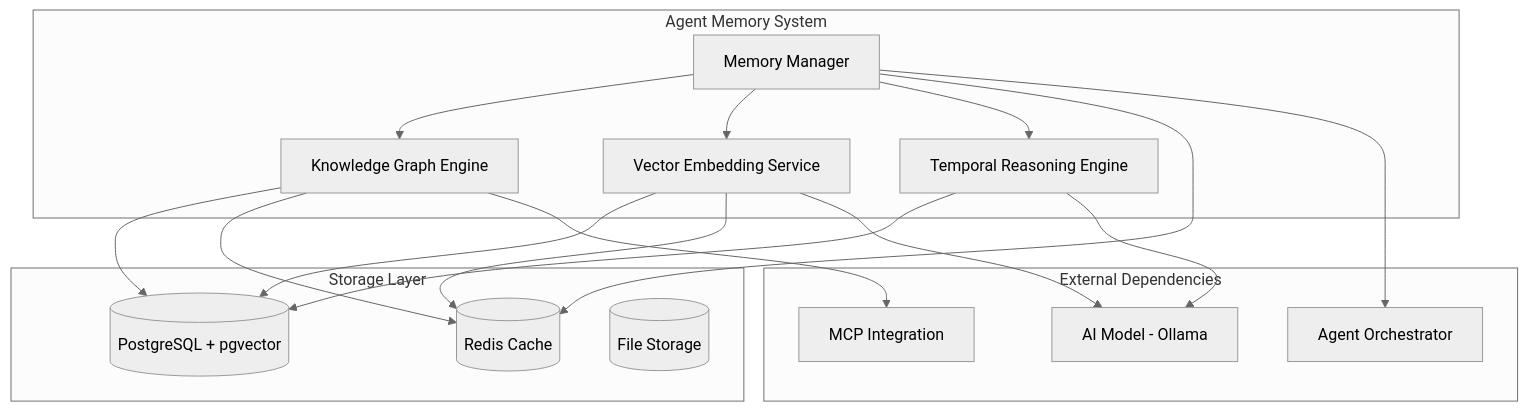
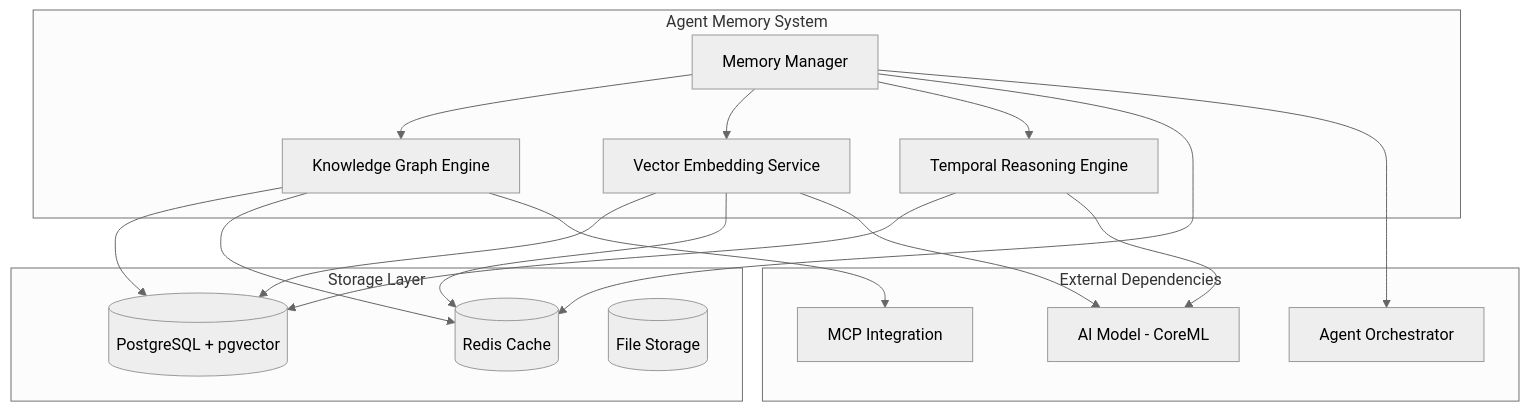
Before and after one commit to darianrosebrook/agent-agency: the diagram in docs/memory-system/README.md, drawn with Mermaid (neutral theme). The commit also changed other lines of this file and 16684 other files, not shown here.

````diff
--- a/docs/memory-system/README.md
+++ b/docs/memory-system/README.md
@@ -58,39 +58,39 @@
 ```mermaid
 graph TB
     subgraph "Agent Memory System"
         MM[Memory Manager]
         KGE[Knowledge Graph Engine]
         VES[Vector Embedding Service]
         TRE[Temporal Reasoning Engine]
     end
     
     subgraph "Storage Layer"
         PG[(PostgreSQL + pgvector)]
         REDIS[(Redis Cache)]
         FILES[(File Storage)]
     end
     
     subgraph "External Dependencies"
-        AI[AI Model - Ollama]
+        AI[AI Model - CoreML]
         AO[Agent Orchestrator]
         MCP[MCP Integration]
     end
     
     MM --> KGE
     MM --> VES
     MM --> TRE
     
     KGE --> PG
     VES --> PG
     TRE --> PG
     
     MM --> REDIS
     KGE --> REDIS
     VES --> REDIS
     
     VES --> AI
     TRE --> AI
     
     MM --> AO
     KGE --> MCP
 ```
````
